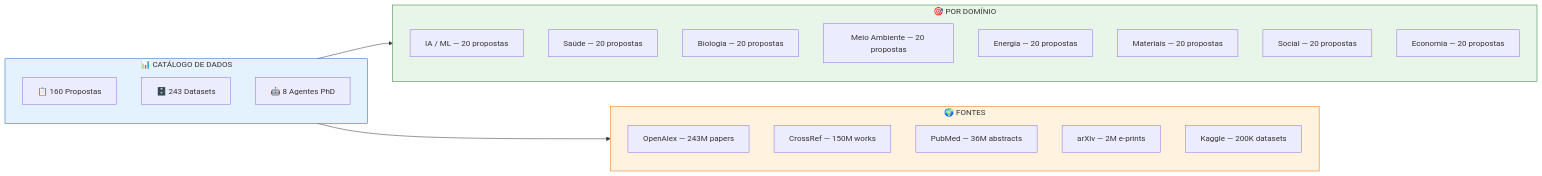
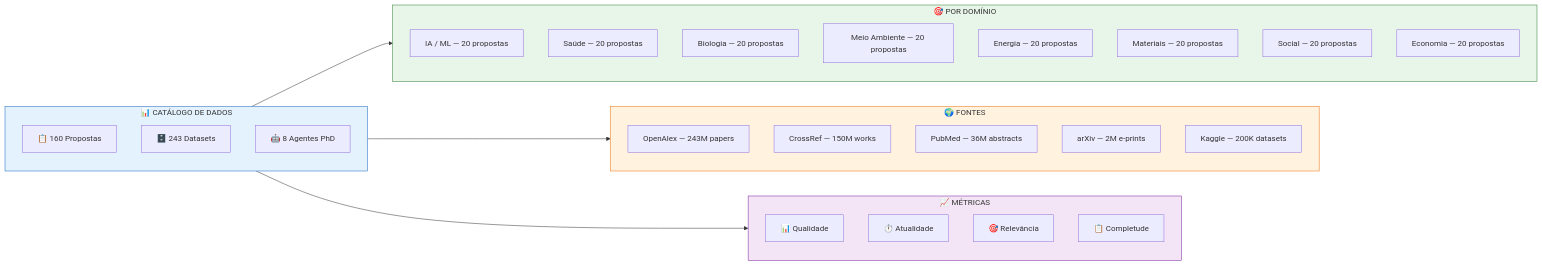
Before and after one commit to MarceloClaro/opencode-ecosystem-core: diagram 20 of 22 in README.md, drawn with Mermaid. The commit also changed other lines of this file, not shown here.

````diff
--- a/README.md
+++ b/README.md
@@ -567,34 +1327,46 @@
 ```mermaid
 flowchart LR
     subgraph CATALOG ["📊 CATÁLOGO DE DADOS"]
-        PROP["📋 160 Propostas"]
-        DS["🗄️ 243 Datasets"]
-        AG["🤖 8 Agentes PhD"]
+        PROP2["📋 160 Propostas"]
+        DS2["🗄️ 243 Datasets"]
+        AG2["🤖 8 Agentes PhD"]
     end
 
-    subgraph DOMAINS ["🎯 POR DOMÍNIO"]
-        AI["IA / ML — 20 propostas"]
-        HEALTH["Saúde — 20 propostas"]
-        BIO["Biologia — 20 propostas"]
-        ENV["Meio Ambiente — 20 propostas"]
-        ENERGY["Energia — 20 propostas"]
-        MATERIAL["Materiais — 20 propostas"]
-        SOCIAL["Social — 20 propostas"]
-        ECON["Economia — 20 propostas"]
+    subgraph DOMAINS2 ["🎯 POR DOMÍNIO"]
+        direction TB
+        AI2["IA / ML — 20 propostas"]
+        HEALTH2["Saúde — 20 propostas"]
+        BIO2["Biologia — 20 propostas"]
+        ENV2["Meio Ambiente — 20 propostas"]
+        ENERGY2["Energia — 20 propostas"]
+        MATERIAL2["Materiais — 20 propostas"]
+        SOCIAL2["Social — 20 propostas"]
+        ECON2["Economia — 20 propostas"]
     end
 
-    subgraph SOURCES ["🌍 FONTES"]
-        OA2["OpenAlex — 243M papers"]
-        CR2["CrossRef — 150M works"]
-        PM2["PubMed — 36M abstracts"]
-        AR2["arXiv — 2M e-prints"]
-        KG2["Kaggle — 200K datasets"]
+    subgraph SOURCES2 ["🌍 FONTES"]
+        direction TB
+        OA4["OpenAlex — 243M papers"]
+        CR4["CrossRef — 150M works"]
+        PM4["PubMed — 36M abstracts"]
+        AR4["arXiv — 2M e-prints"]
+        KG4["Kaggle — 200K datasets"]
     end
 
-    CATALOG --> DOMAINS
-    CATALOG --> SOURCES
+    subgraph METRICS3 ["📈 MÉTRICAS"]
+        direction TB
+        M2["📊 Qualidade"]
+        M3["⏱️ Atualidade"]
+        M4["🎯 Relevância"]
+        M5["📋 Completude"]
+    end
+
+    CATALOG --> DOMAINS2
+    CATALOG --> SOURCES2
+    CATALOG --> METRICS3
 
     style CATALOG fill:#e3f2fd,stroke:#1565c0
-    style DOMAINS fill:#e8f5e9,stroke:#2e7d32
-    style SOURCES fill:#fff3e0,stroke:#ef6c00
+    style DOMAINS2 fill:#e8f5e9,stroke:#2e7d32
+    style SOURCES2 fill:#fff3e0,stroke:#ef6c00
+    style METRICS3 fill:#f3e5f5,stroke:#7b1fa2
 ```
````
